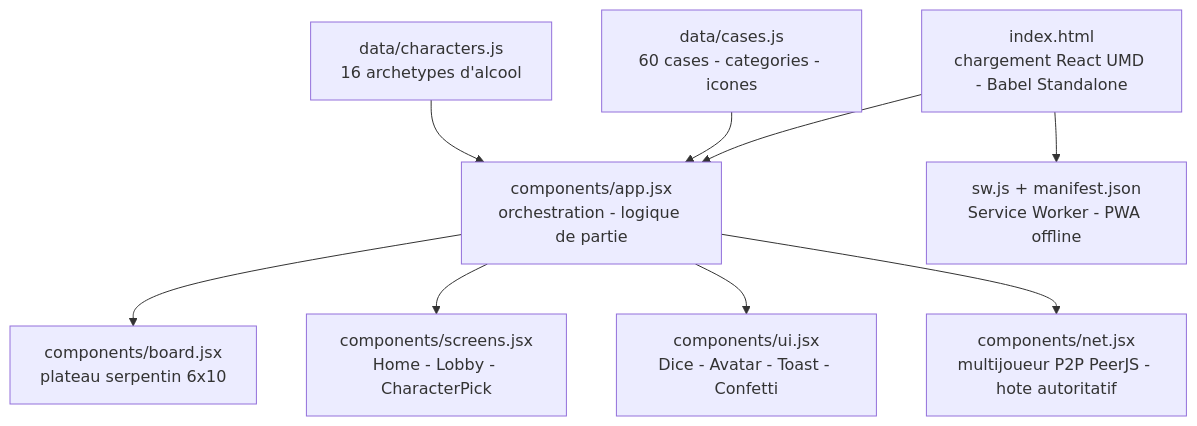
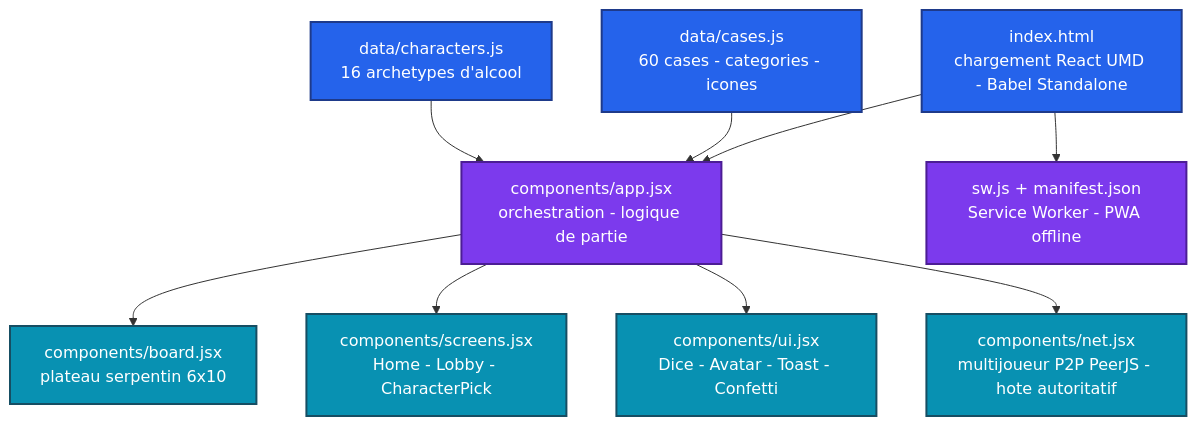
Before and after one commit to Adam-Blf/GlouGlou: the diagram in README.md, drawn with Mermaid.

Commit message:
docs: add colors to mermaid diagrams (#6)
Each node gets a palette class (by subgraph or by flow depth), subgraphs are tinted, non-flowchart diagrams use a colored base theme. Validated by rendering every diagram before and after.

````diff
--- a/README.md
+++ b/README.md
@@ -21,20 +21,27 @@
 ```mermaid
 flowchart TB
     A["index.html<br/>chargement React UMD - Babel Standalone"]
     B["data/cases.js<br/>60 cases - categories - icones"]
     C["data/characters.js<br/>16 archetypes d'alcool"]
     D["components/app.jsx<br/>orchestration - logique de partie"]
     E["components/board.jsx<br/>plateau serpentin 6x10"]
     F["components/screens.jsx<br/>Home - Lobby - CharacterPick"]
     G["components/ui.jsx<br/>Dice - Avatar - Toast - Confetti"]
     H["components/net.jsx<br/>multijoueur P2P PeerJS - hote autoritatif"]
     I["sw.js + manifest.json<br/>Service Worker - PWA offline"]
     A --> D
     B --> D
     C --> D
     D --> E
     D --> F
     D --> G
     D --> H
     A --> I
+
+    classDef c0 fill:#2563eb,stroke:#1e3a8a,stroke-width:2px,color:#ffffff
+    classDef c1 fill:#7c3aed,stroke:#4c1d95,stroke-width:2px,color:#ffffff
+    classDef c2 fill:#0891b2,stroke:#164e63,stroke-width:2px,color:#ffffff
+    class A,B,C c0
+    class D,I c1
+    class E,F,G,H c2
 ```
````
